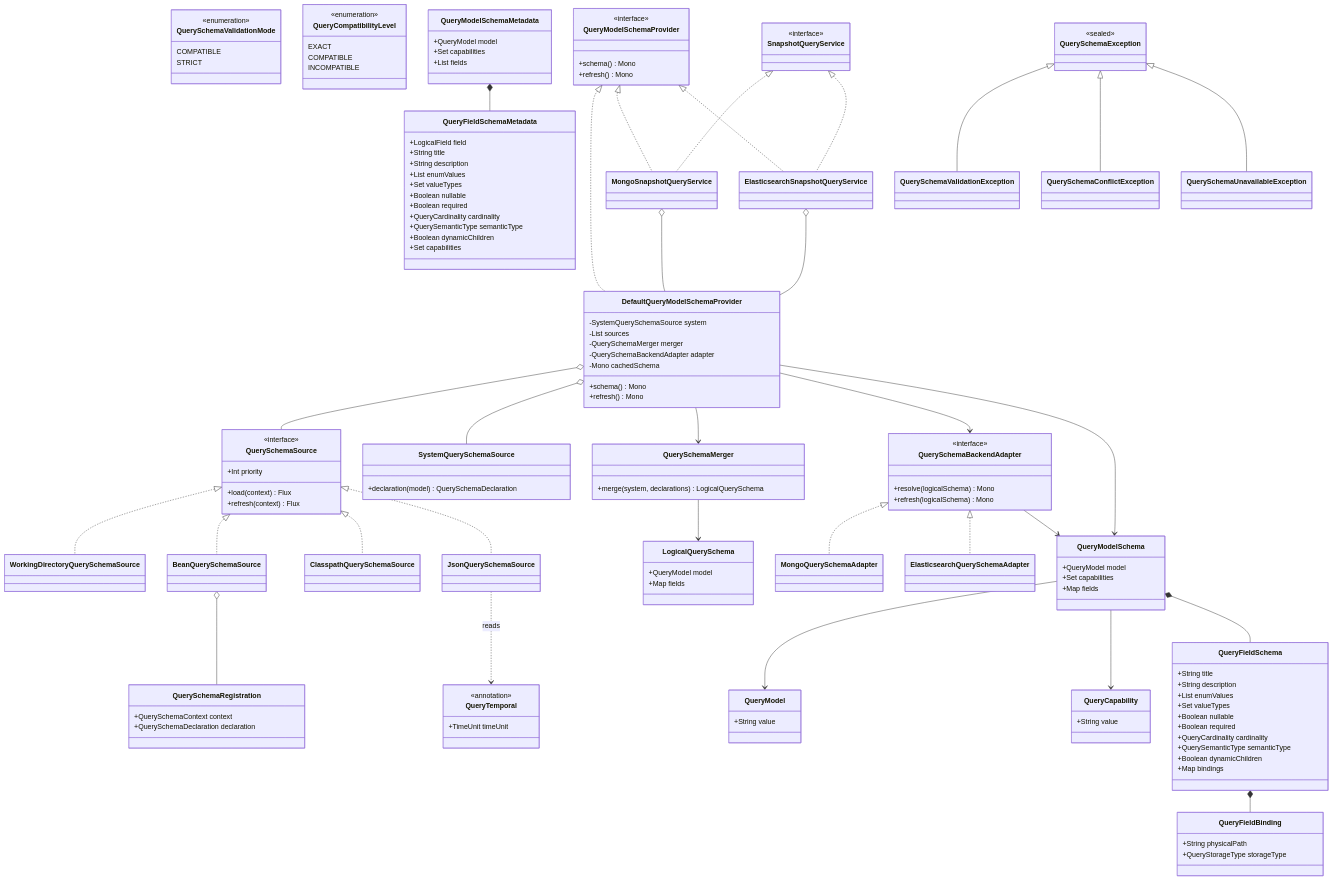
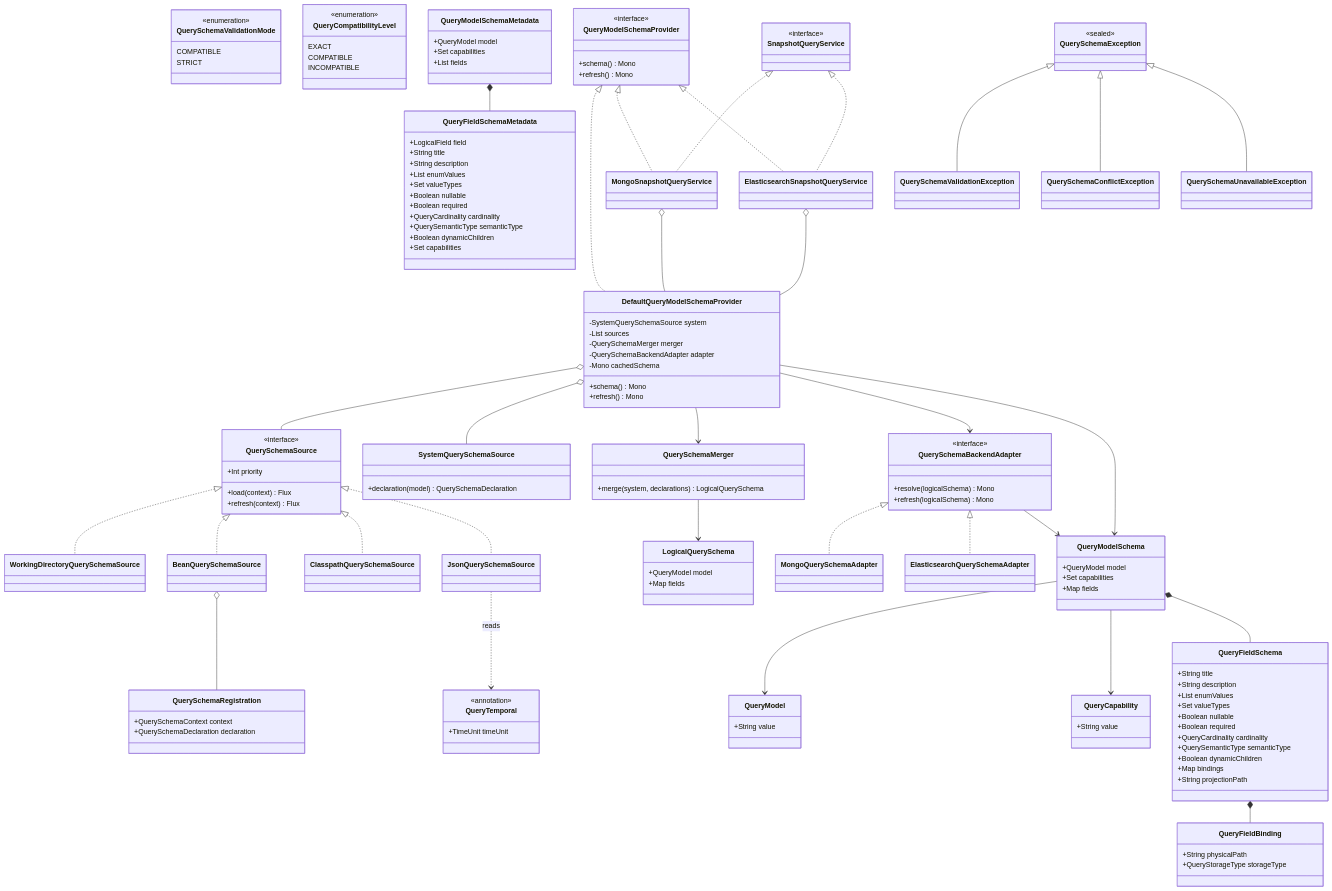
The fourth of 4 diagrams in docs/superpowers/specs/2026-08-26-query-model-schema-design.md (Ahoo-Wang/Wow), drawn with Mermaid before and after one commit. The commit also changed other lines of this file and 14 other files, not shown here.

Commit message:
fix(query): close schema resolution review gaps

```diff
--- a/docs/superpowers/specs/2026-08-26-query-model-schema-design.md
+++ b/docs/superpowers/specs/2026-08-26-query-model-schema-design.md
@@ -1123,6 +1126,7 @@
         +QuerySemanticType semanticType
         +Boolean dynamicChildren
         +Map bindings
+        +String projectionPath
     }
 
     class QueryFieldBinding {
```
